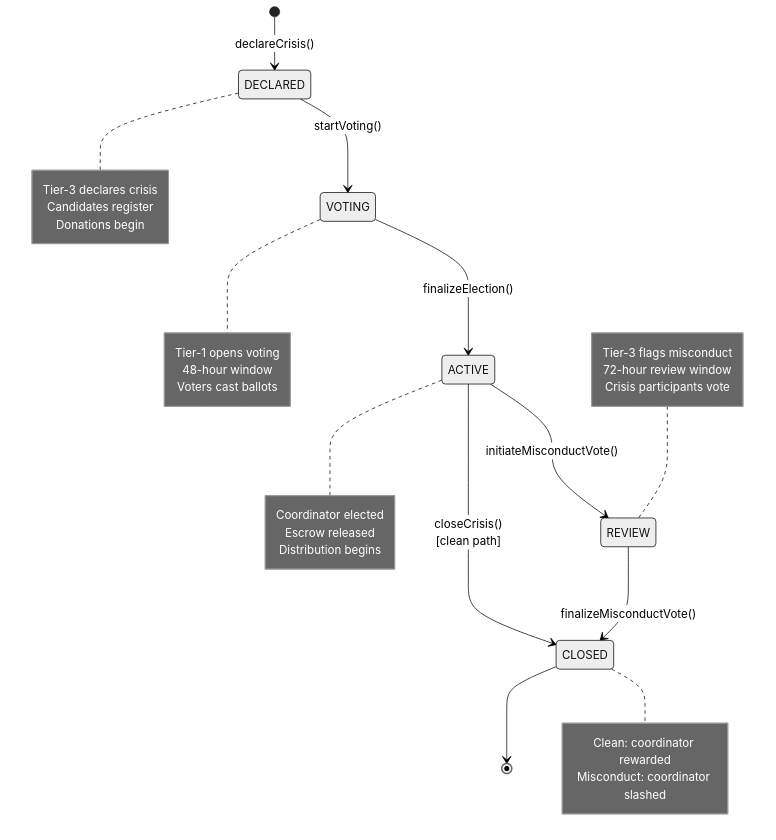
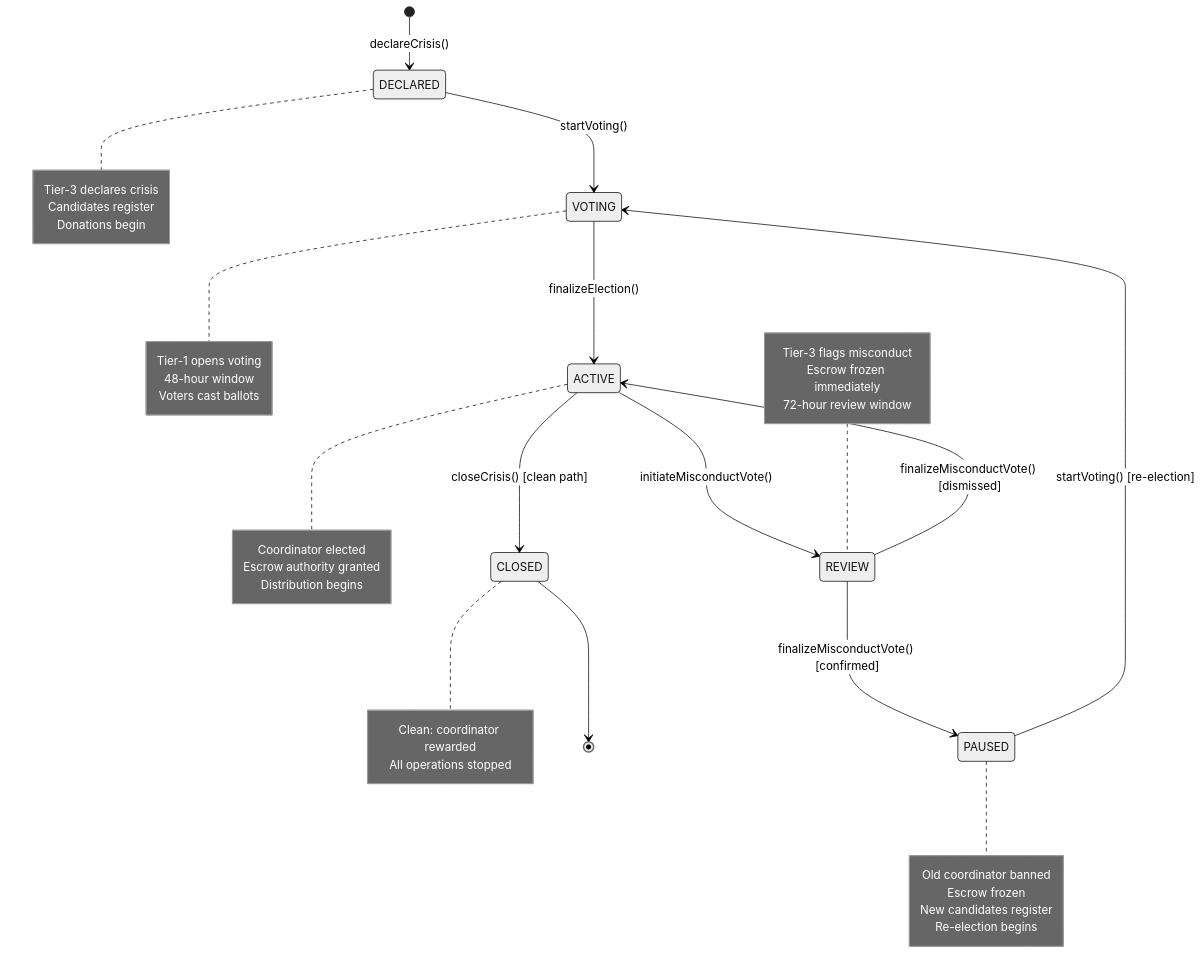
Before and after one commit to barnehcodes/OPENAID-212-V2: the first of 3 diagrams in docs/technical/03-governance.md, drawn with Mermaid (neutral theme). The commit also changed other lines of this file and 69 other files, not shown here.

````diff
--- a/docs/technical/03-governance.md
+++ b/docs/technical/03-governance.md
@@ -35,41 +36,52 @@
 ```mermaid
 stateDiagram-v2
     [*] --> DECLARED: declareCrisis()
     DECLARED --> VOTING: startVoting()
     VOTING --> ACTIVE: finalizeElection()
 
-    ACTIVE --> CLOSED: closeCrisis()<br/>[clean path]
+    ACTIVE --> CLOSED: closeCrisis() [clean path]
     ACTIVE --> REVIEW: initiateMisconductVote()
-    REVIEW --> CLOSED: finalizeMisconductVote()
+
+    REVIEW --> ACTIVE: finalizeMisconductVote() [dismissed]
+    REVIEW --> PAUSED: finalizeMisconductVote() [confirmed]
+
+    PAUSED --> VOTING: startVoting() [re-election]
 
     CLOSED --> [*]
 
     note right of DECLARED
         Tier-3 declares crisis
         Candidates register
         Donations begin
     end note
 
     note right of VOTING
         Tier-1 opens voting
         48-hour window
         Voters cast ballots
     end note
 
     note right of ACTIVE
         Coordinator elected
-        Escrow released
+        Escrow authority granted
         Distribution begins
     end note
 
     note left of REVIEW
         Tier-3 flags misconduct
+        Escrow frozen immediately
         72-hour review window
-        Crisis participants vote
+    end note
+
+    note right of PAUSED
+        Old coordinator banned
+        Escrow frozen
+        New candidates register
+        Re-election begins
     end note
 
     note right of CLOSED
         Clean: coordinator rewarded
-        Misconduct: coordinator slashed
+        All operations stopped
     end note
 ```
````
